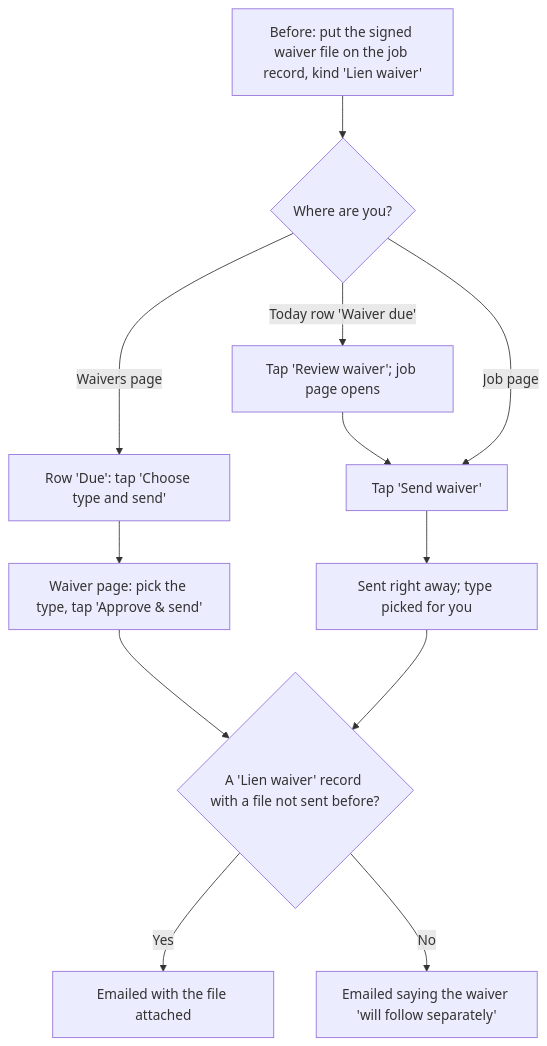
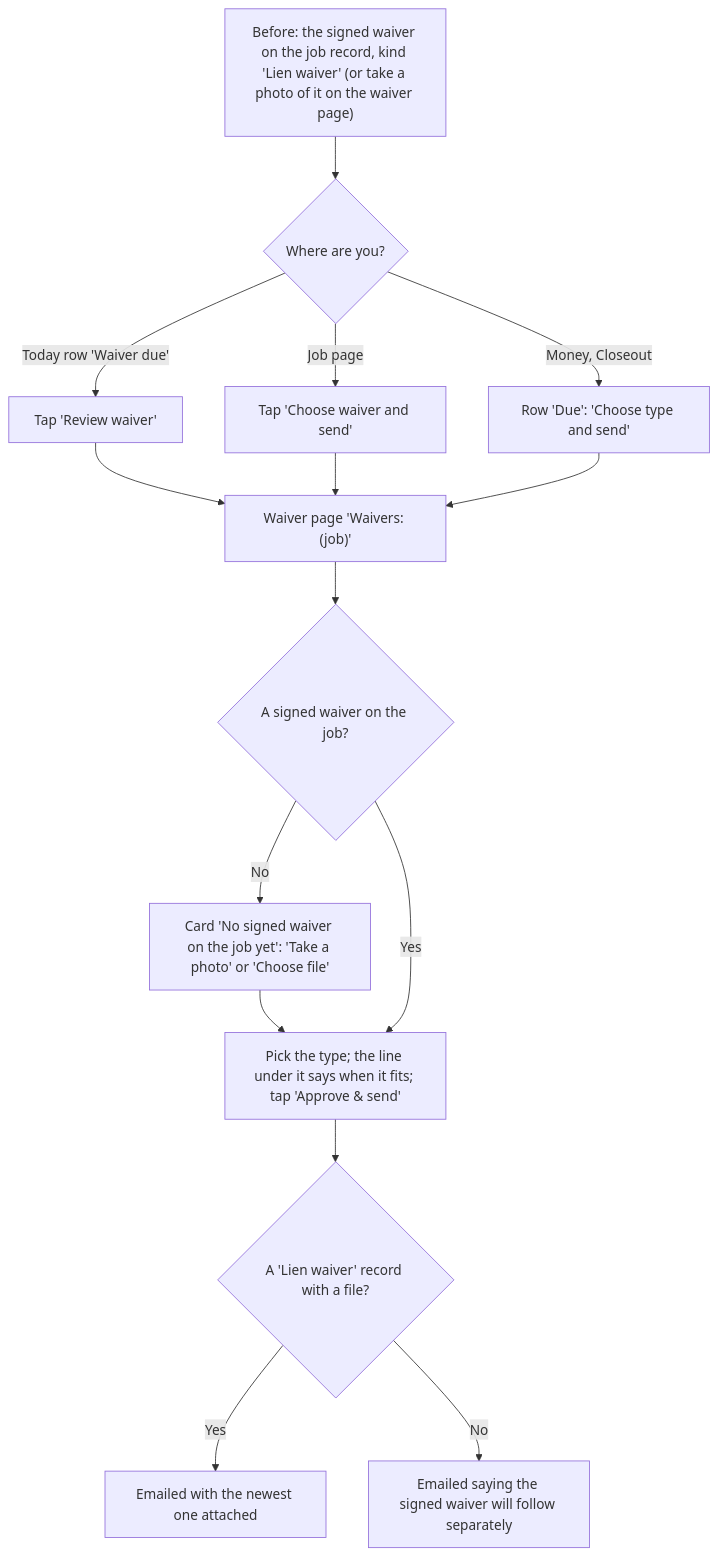
Before and after one commit to cartwrightstephen/billdable: diagram 11 of 15 in docs/client-flows.md, drawn with Mermaid. The commit also changed other lines of this file and 15 other files, not shown here.

First line of the commit message:
Round 6: R6-11 wireframes and flows caught up with the app

````diff
--- a/docs/client-flows.md
+++ b/docs/client-flows.md
@@ -410,14 +402,17 @@
 ```mermaid
 flowchart TD
-    A["Before: put the signed waiver file on the job record, kind 'Lien waiver'"] --> B{"Where are you?"}
-    B -->|"Today row 'Waiver due'"| C["Tap 'Review waiver'; job page opens"]
-    C --> D["Tap 'Send waiver'"]
-    B -->|"Job page"| D
-    D --> E["Sent right away; type picked for you"]
-    B -->|"Waivers page"| F["Row 'Due': tap 'Choose type and send'"]
-    F --> G["Waiver page: pick the type, tap 'Approve & send'"]
-    G --> H{"A 'Lien waiver' record with a file not sent before?"}
-    E --> H
-    H -->|"Yes"| I["Emailed with the file attached"]
-    H -->|"No"| J["Emailed saying the waiver 'will follow separately'"]
+    A["Before: the signed waiver on the job record, kind 'Lien waiver' (or take a photo of it on the waiver page)"] --> B{"Where are you?"}
+    B -->|"Today row 'Waiver due'"| C["Tap 'Review waiver'"]
+    B -->|"Job page"| C2["Tap 'Choose waiver and send'"]
+    B -->|"Money, Closeout"| C3["Row 'Due': 'Choose type and send'"]
+    C --> D["Waiver page 'Waivers: (job)'"]
+    C2 --> D
+    C3 --> D
+    D --> E{"A signed waiver on the job?"}
+    E -->|"No"| E1["Card 'No signed waiver on the job yet': 'Take a photo' or 'Choose file'"]
+    E1 --> F
+    E -->|"Yes"| F["Pick the type; the line under it says when it fits; tap 'Approve & send'"]
+    F --> H{"A 'Lien waiver' record with a file?"}
+    H -->|"Yes"| I["Emailed with the newest one attached"]
+    H -->|"No"| J["Emailed saying the signed waiver will follow separately"]
 ```
````
